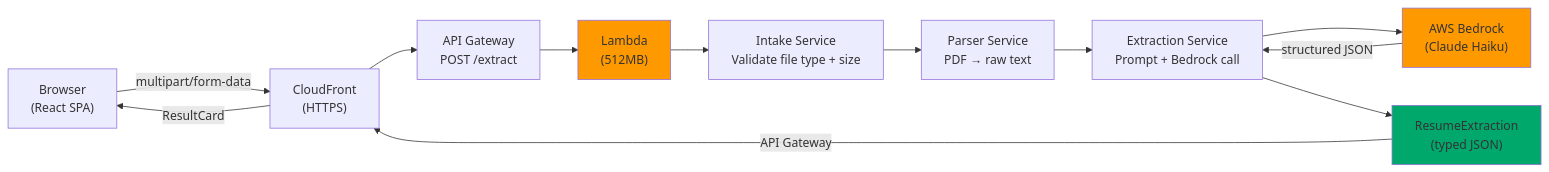
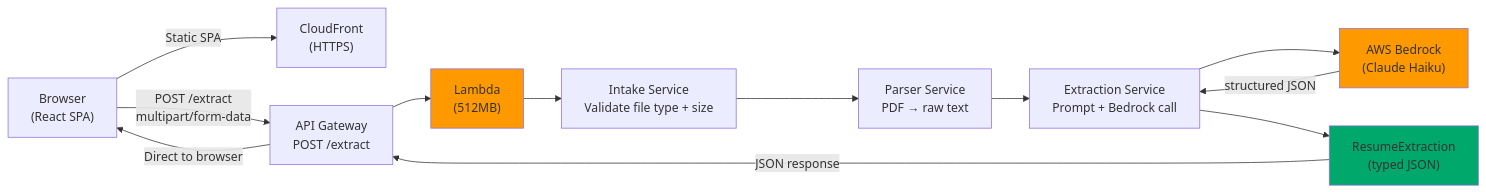
One commit to mwarman/resume-lens changed the diagram in README.md. Above: the diagram before and after it, drawn with Mermaid.

Commit message:
docs: update architecture diagram in README.md to clarify data flow and API interactions

````diff
--- a/README.md
+++ b/README.md
@@ -28,28 +28,28 @@
 ```mermaid
 graph LR
     Browser["Browser<br/>(React SPA)"]
     CF["CloudFront<br/>(HTTPS)"]
     APIGW["API Gateway<br/>POST /extract"]
     Lambda["Lambda<br/>(512MB)"]
     Intake["Intake Service<br/>Validate file type + size"]
     Parser["Parser Service<br/>PDF → raw text"]
     Extraction["Extraction Service<br/>Prompt + Bedrock call"]
     Bedrock["AWS Bedrock<br/>(Claude Haiku)"]
     Result["ResumeExtraction<br/>(typed JSON)"]
 
-    Browser -->|multipart/form-data| CF
-    CF --> APIGW
+    Browser -->|Static SPA| CF
+    Browser -->|POST /extract<br/>multipart/form-data| APIGW
     APIGW --> Lambda
     Lambda --> Intake
     Intake --> Parser
     Parser --> Extraction
     Extraction --> Bedrock
     Bedrock -->|structured JSON| Extraction
     Extraction --> Result
-    Result -->|API Gateway| CF
-    CF -->|ResultCard| Browser
+    Result -->|JSON response| APIGW
+    APIGW -->|Direct to browser| Browser
 
     style Bedrock fill:#ff9900
     style Lambda fill:#ff9900
     style Result fill:#00a86b
 ```
````
